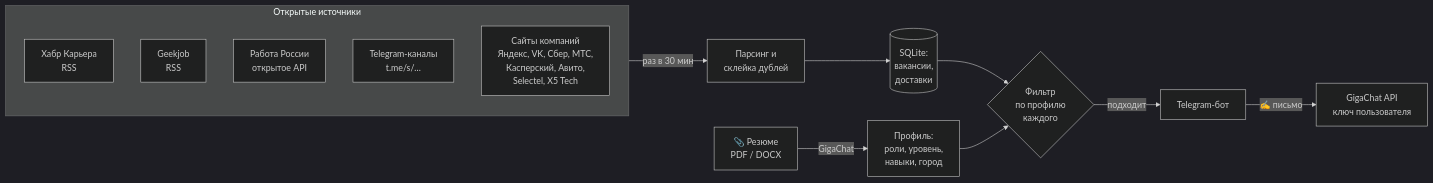
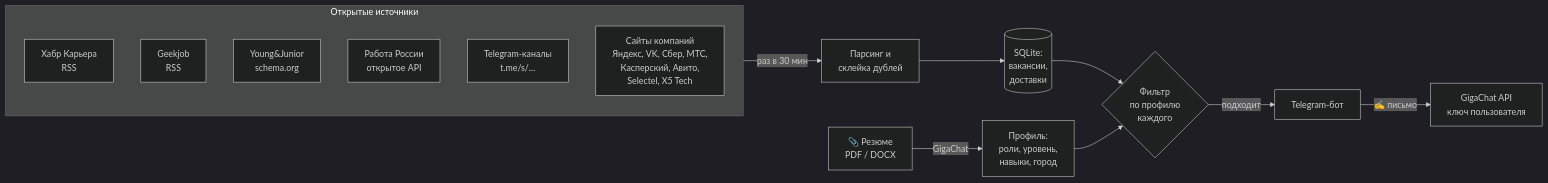
Before and after one commit to RealPycuk/job-watch: the first of 2 diagrams in README.md, drawn with Mermaid (dark theme). The commit also changed other lines of this file and 5 other files, not shown here.

First line of the commit message:
Add Young&Junior (youngjunior.ru) as a source

````diff
--- a/README.md
+++ b/README.md
@@ -40,17 +40,18 @@
 ```mermaid
 flowchart LR
     subgraph src [Открытые источники]
         H[Хабр Карьера<br/>RSS]
         G[Geekjob<br/>RSS]
+        Y[Young&Junior<br/>schema.org]
         T[Работа России<br/>открытое API]
         C[Telegram-каналы<br/>t.me/s/…]
         K[Сайты компаний<br/>Яндекс, VK, Сбер, МТС,<br/>Касперский, Авито,<br/>Selectel, X5 Tech]
     end
     src -->|раз в 30 мин| P[Парсинг и<br/>склейка дублей]
     P --> DB[(SQLite:<br/>вакансии,<br/>доставки)]
     DB --> F{Фильтр<br/>по профилю<br/>каждого}
     F -->|подходит| B[Telegram-бот]
     B -->|✍️ письмо| L[GigaChat API<br/>ключ пользователя]
     R[📎 Резюме<br/>PDF / DOCX] -->|GigaChat| PR[Профиль:<br/>роли, уровень,<br/>навыки, город]
     PR --> F
 ```
````
